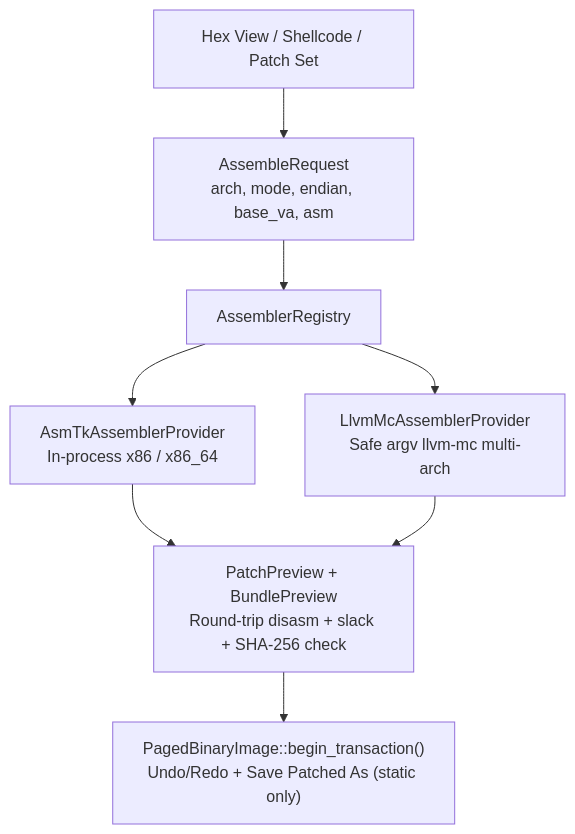
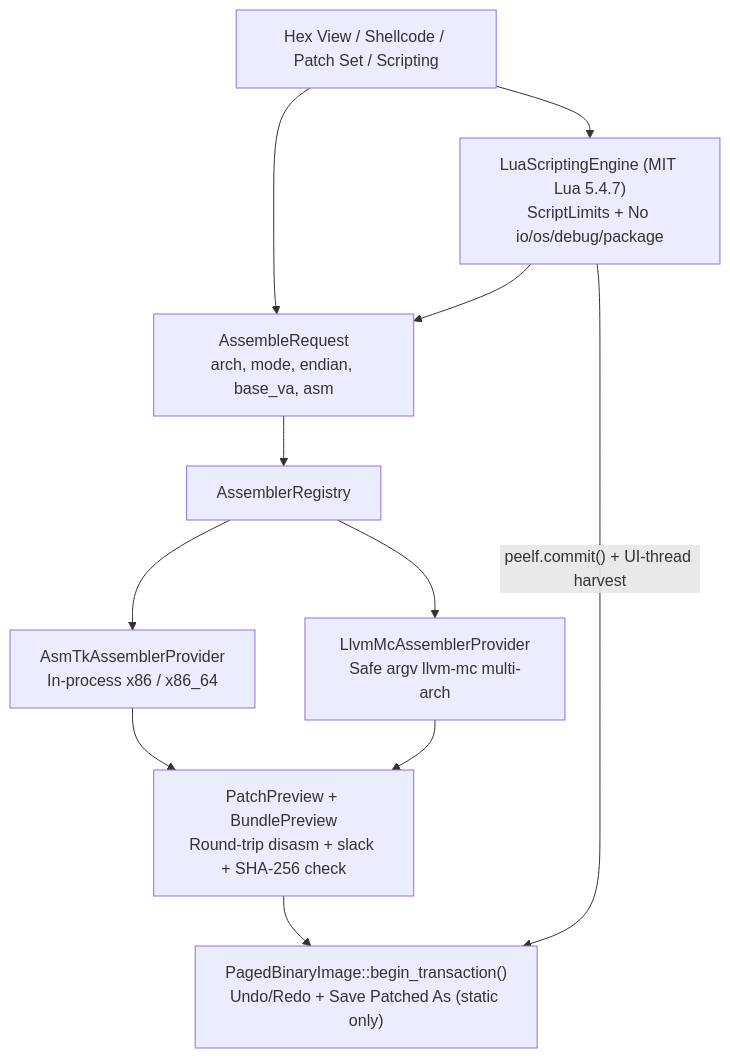
One commit to wsollers/exe_viewer changed the fifth of 7 diagrams in docs/ARCHITECTURE.md. Above: the diagram before and after it, drawn with Mermaid. The commit also changed other lines of this file and 19 other files, not shown here.

First line of the commit message:
WU-28b: Add docked Scripting console, headless --script CLI, and WU-21..WU-28 docs

````diff
--- a/docs/ARCHITECTURE.md
+++ b/docs/ARCHITECTURE.md
@@ -144,18 +153,22 @@
 ```mermaid
 flowchart TD
-    ui["Hex View / Shellcode / Patch Set"]
+    ui["Hex View / Shellcode / Patch Set / Scripting"]
+    lua["LuaScriptingEngine (MIT Lua 5.4.7)<br/>ScriptLimits + No io/os/debug/package"]
     req["AssembleRequest<br/>arch, mode, endian, base_va, asm"]
     reg["AssemblerRegistry"]
     asmtk["AsmTkAssemblerProvider<br/>In-process x86 / x86_64"]
     llvm["LlvmMcAssemblerProvider<br/>Safe argv llvm-mc multi-arch"]
     prev["PatchPreview + BundlePreview<br/>Round-trip disasm + slack + SHA-256 check"]
     tx["PagedBinaryImage::begin_transaction()<br/>Undo/Redo + Save Patched As (static only)"]
 
     ui --> req
+    ui --> lua
+    lua --> req
+    lua -->|"peelf.commit() + UI-thread harvest"| tx
     req --> reg
     reg --> asmtk
     reg --> llvm
     asmtk --> prev
     llvm --> prev
     prev --> tx
 ```
````
